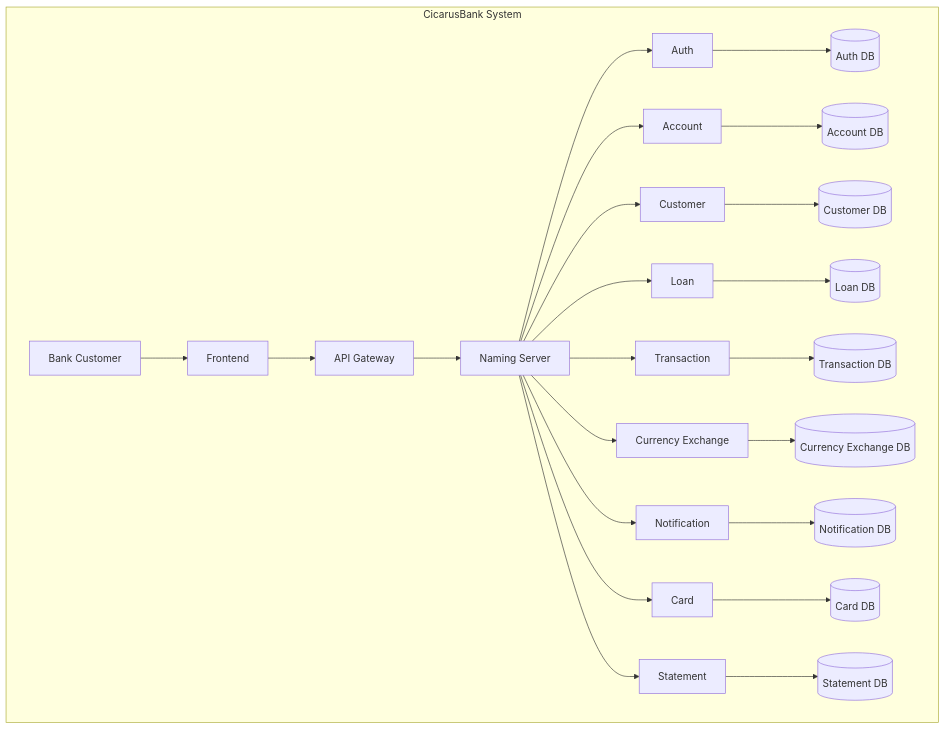
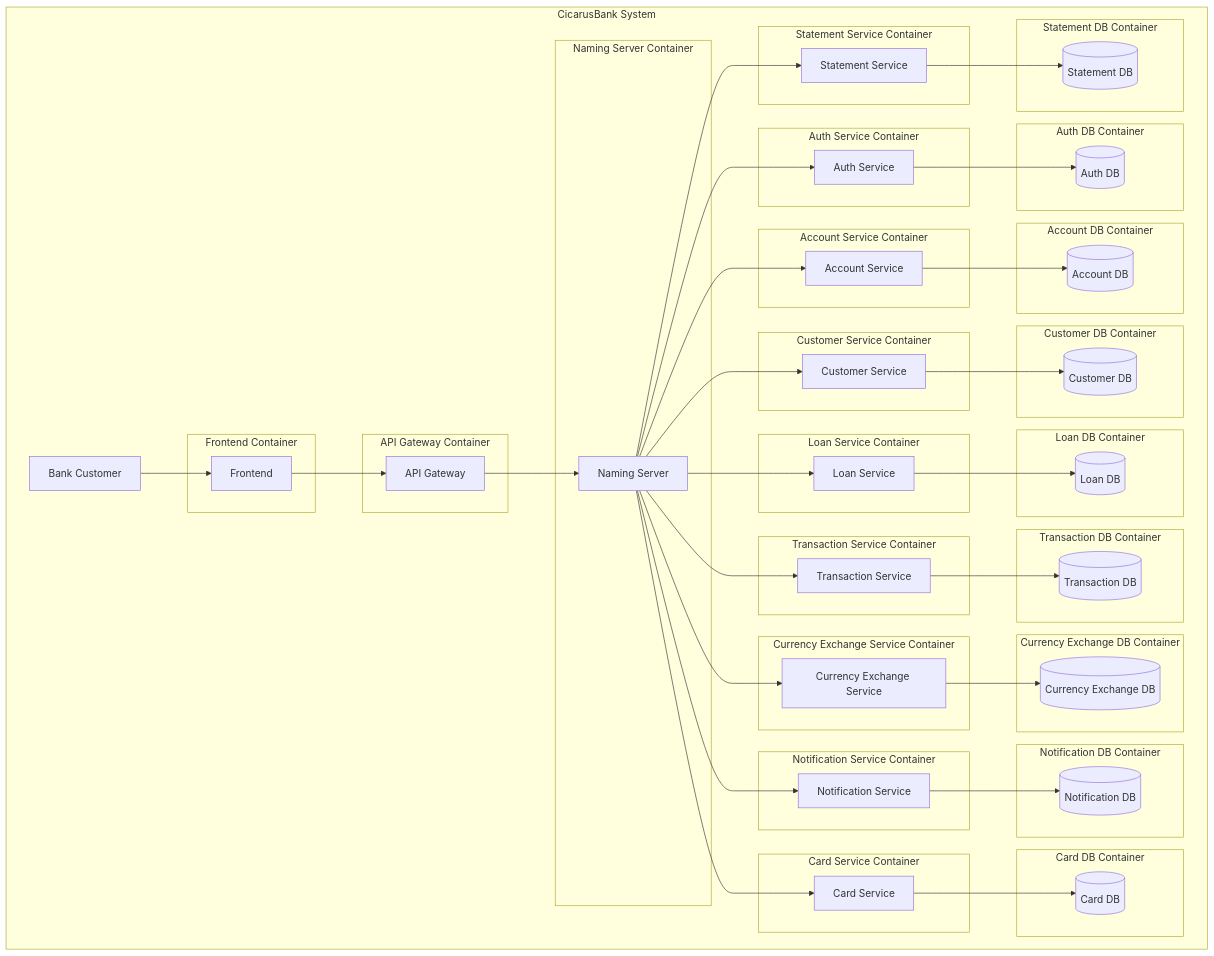
One commit to itiro-y/CicarusBank changed the diagram in README.md. Above: the diagram before and after it, drawn with Mermaid.

Commit message:
Adicionado containeres

```diff
--- a/README.md
+++ b/README.md
@@ -51,28 +51,81 @@
 graph TD
     subgraph "CicarusBank System"
         user[Bank Customer]
-        frontend[Frontend]
-        api_gateway[API Gateway]
-        auth_service[Auth]
-        account_service[Account]
-        customer_service[Customer]
-        loan_service[Loan]
-        transaction_service[Transaction]
-        currency_exchange_service[Currency Exchange]
-        notification_service[Notification]
-        card_service[Card]
-        naming_server[Naming Server]
-        statement_service[Statement]
 
-        auth_db[(Auth DB)]
-        account_db[(Account DB)]
-        customer_db[(Customer DB)]
-        loan_db[(Loan DB)]
-        transaction_db[(Transaction DB)]
-        currency_exchange_db[(Currency Exchange DB)]
-        notification_db[(Notification DB)]
-        card_db[(Card DB)]
-        statement_db[(Statement DB)]
+        subgraph "Frontend Container"
+            frontend[Frontend]
+        end
+
+        subgraph "API Gateway Container"
+            api_gateway[API Gateway]
+        end
+
+        subgraph "Naming Server Container"
+            naming_server[Naming Server]
+        end
+
+        subgraph "Auth Service Container"
+            auth_service[Auth Service]
+        end
+        subgraph "Auth DB Container"
+            auth_db[(Auth DB)]
+        end
+
+        subgraph "Account Service Container"
+            account_service[Account Service]
+        end
+        subgraph "Account DB Container"
+            account_db[(Account DB)]
+        end
+
+        subgraph "Customer Service Container"
+            customer_service[Customer Service]
+        end
+        subgraph "Customer DB Container"
+            customer_db[(Customer DB)]
+        end
+
+        subgraph "Loan Service Container"
+            loan_service[Loan Service]
+        end
+        subgraph "Loan DB Container"
+            loan_db[(Loan DB)]
+        end
+
+        subgraph "Transaction Service Container"
+            transaction_service[Transaction Service]
+        end
+        subgraph "Transaction DB Container"
+            transaction_db[(Transaction DB)]
+        end
+
+        subgraph "Currency Exchange Service Container"
+            currency_exchange_service[Currency Exchange Service]
+        end
+        subgraph "Currency Exchange DB Container"
+            currency_exchange_db[(Currency Exchange DB)]
+        end
+
+        subgraph "Notification Service Container"
+            notification_service[Notification Service]
+        end
+        subgraph "Notification DB Container"
+            notification_db[(Notification DB)]
+        end
+
+        subgraph "Card Service Container"
+            card_service[Card Service]
+        end
+        subgraph "Card DB Container"
+            card_db[(Card DB)]
+        end
+
+        subgraph "Statement Service Container"
+            statement_service[Statement Service]
+        end
+        subgraph "Statement DB Container"
+            statement_db[(Statement DB)]
+        end
     end
 
     user --> frontend
```
